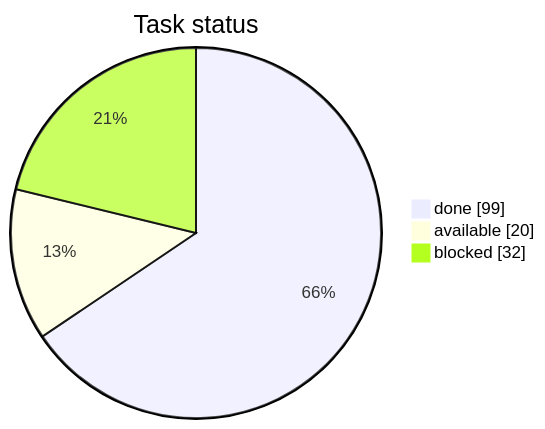
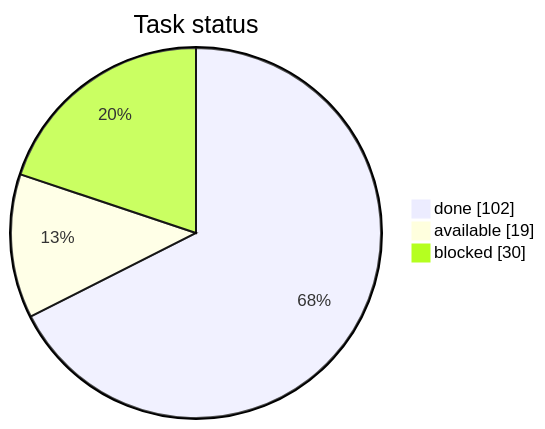
The first of 3 diagrams in STATUS.md (artemiiShabanov/RallyRivals), drawn with Mermaid before and after one commit. The commit also changed other lines of this file and 11 other files, not shown here.

````diff
--- a/STATUS.md
+++ b/STATUS.md
@@ -7,7 +7,7 @@
 ```mermaid
 pie showData
     title Task status
-    "done" : 99
-    "available" : 20
-    "blocked" : 32
+    "done" : 102
+    "available" : 19
+    "blocked" : 30
 ```
````
